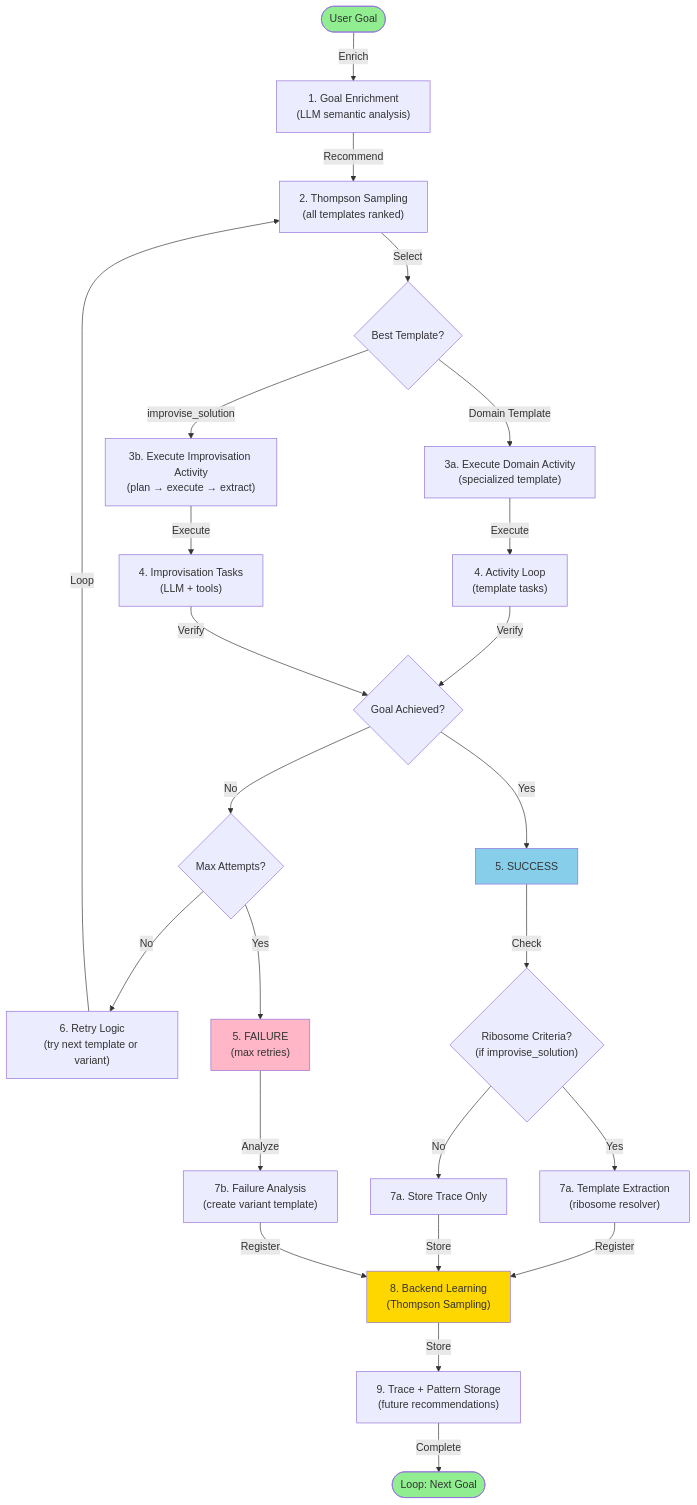
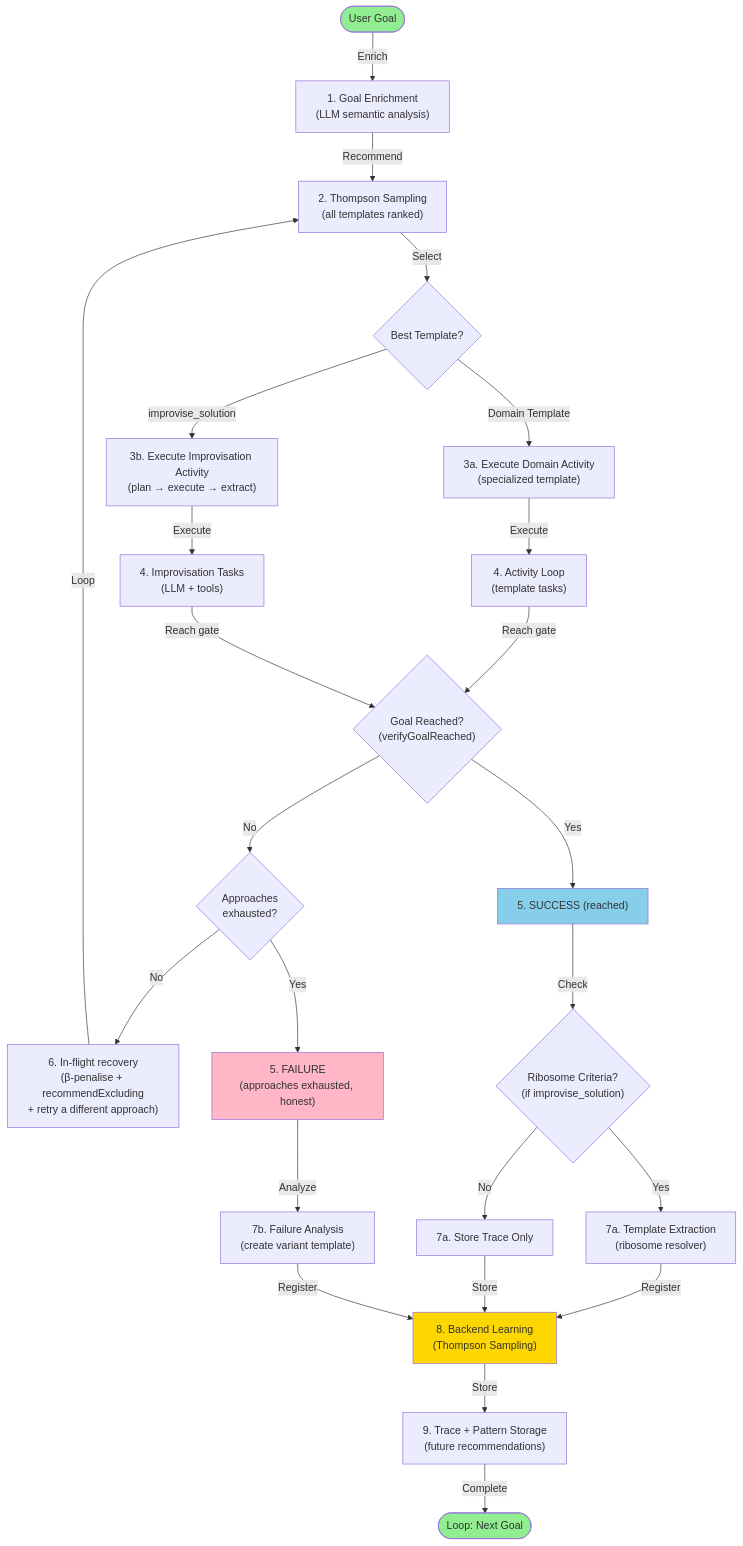
Before and after one commit to AviGopal/substrate: the ninth of 9 diagrams in docs/architecture/sequences/04-improvisation-failure-modes.md, drawn with Mermaid. The commit also changed other lines of this file and 58 other files, not shown here.

````diff
--- a/docs/architecture/sequences/04-improvisation-failure-modes.md
+++ b/docs/architecture/sequences/04-improvisation-failure-modes.md
@@ -700,45 +755,45 @@
 ```mermaid
 graph TB
     Start([User Goal]) -->|Enrich| A["1. Goal Enrichment<br/>(LLM semantic analysis)"]
 
     A -->|Recommend| B["2. Thompson Sampling<br/>(all templates ranked)"]
 
     B -->|Select| C{"Best Template?"}
 
     C -->|Domain Template| D["3a. Execute Domain Activity<br/>(specialized template)"]
     C -->|improvise_solution| E["3b. Execute Improvisation Activity<br/>(plan → execute → extract)"]
 
     D -->|Execute| F["4. Activity Loop<br/>(template tasks)"]
     E -->|Execute| G["4. Improvisation Tasks<br/>(LLM + tools)"]
 
-    F -->|Verify| H{"Goal Achieved?"}
-    G -->|Verify| H
+    F -->|Reach gate| H{"Goal Reached?<br/>(verifyGoalReached)"}
+    G -->|Reach gate| H
 
-    H -->|No| I{"Max Attempts?"}
-    H -->|Yes| J["5. SUCCESS"]
+    H -->|No| I{"Approaches<br/>exhausted?"}
+    H -->|Yes| J["5. SUCCESS (reached)"]
 
-    I -->|No| K["6. Retry Logic<br/>(try next template or variant)"]
-    I -->|Yes| L["5. FAILURE<br/>(max retries)"]
+    I -->|No| K["6. In-flight recovery<br/>(β-penalise + recommendExcluding<br/>+ retry a different approach)"]
+    I -->|Yes| L["5. FAILURE<br/>(approaches exhausted, honest)"]
 
     K -->|Loop| B
 
     J -->|Check| M{"Ribosome Criteria?<br/>(if improvise_solution)"}
     M -->|Yes| N["7a. Template Extraction<br/>(ribosome resolver)"]
     M -->|No| O["7a. Store Trace Only"]
 
     L -->|Analyze| P["7b. Failure Analysis<br/>(create variant template)"]
 
     N -->|Register| Q["8. Backend Learning<br/>(Thompson Sampling)"]
     O -->|Store| Q
     P -->|Register| Q
 
     Q -->|Store| R["9. Trace + Pattern Storage<br/>(future recommendations)"]
 
     R -->|Complete| S([Loop: Next Goal])
 
     style Start fill:#90EE90
     style J fill:#87CEEB
     style L fill:#FFB6C6
     style Q fill:#FFD700
     style S fill:#90EE90
 ```
````
